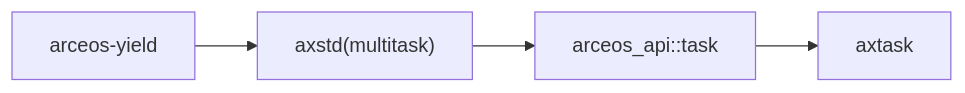
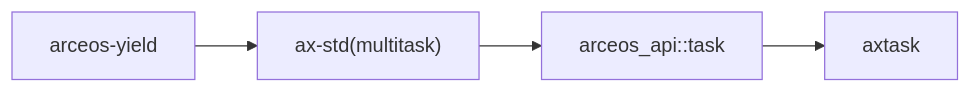
The second of 2 diagrams in docs/crates/arceos-yield.md (rcore-os/tgoskits), drawn with Mermaid before and after one commit. The commit also changed other lines of this file and 153 other files, not shown here.

Commit message:
rename axstd to ax-std

````diff
--- a/docs/crates/arceos-yield.md
+++ b/docs/crates/arceos-yield.md
@@ -79,6 +79,6 @@
 ```mermaid
 graph LR
-    test["arceos-yield"] --> axstd["axstd(multitask)"]
-    axstd --> arceos_api["arceos_api::task"]
+    test["arceos-yield"] --> ax-std["ax-std(multitask)"]
+    ax-std --> arceos_api["arceos_api::task"]
     arceos_api --> axtask["axtask"]
 ```
````
